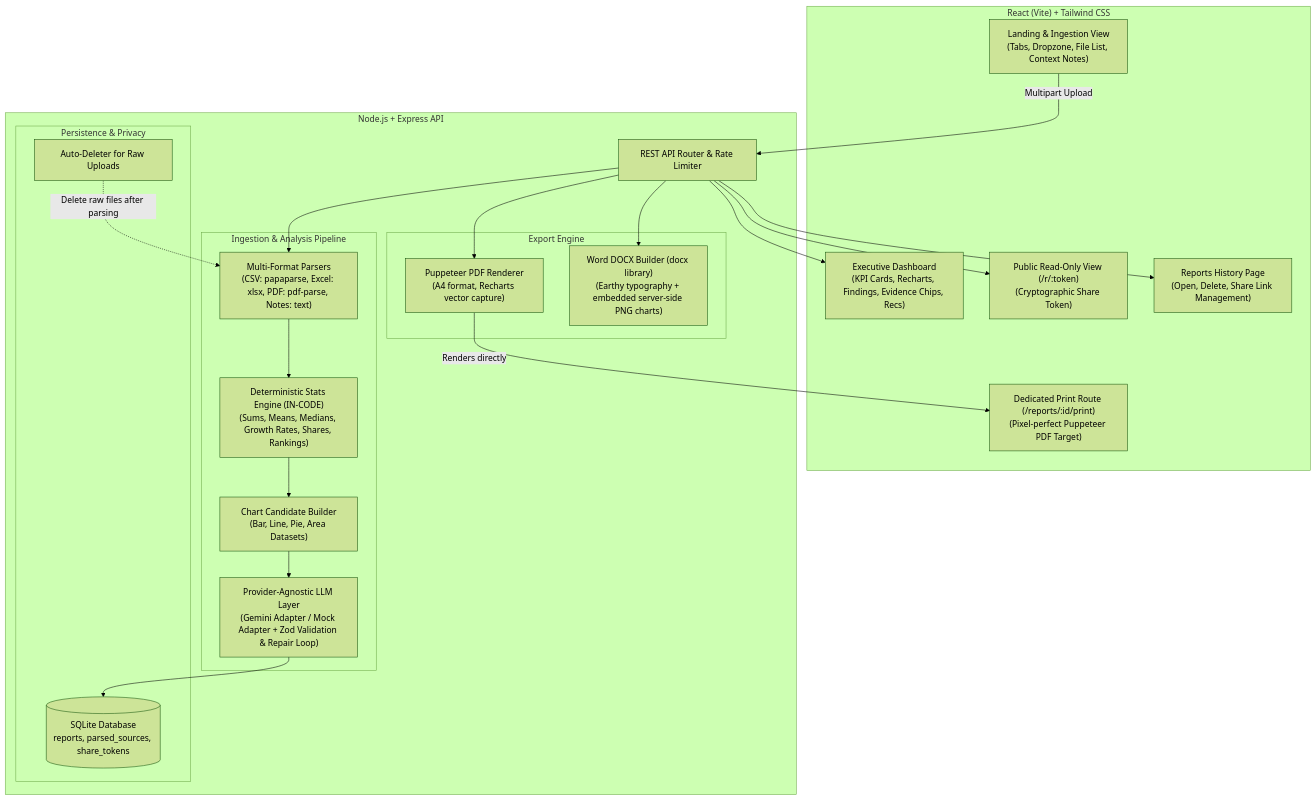
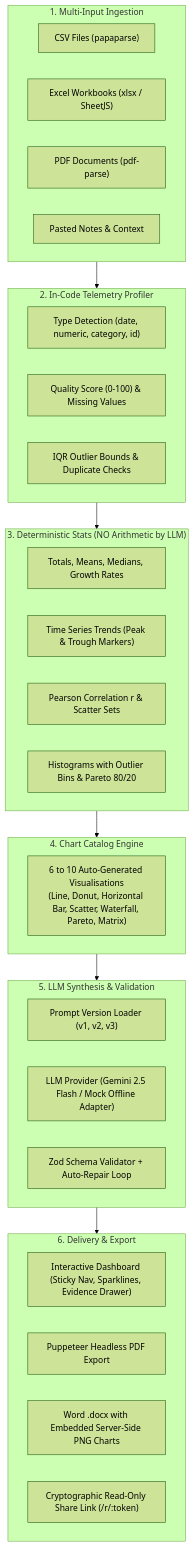
Before and after one commit to janmesh16/Business-Report-Generator-: the diagram in README.md, drawn with Mermaid (forest theme). The commit also changed other lines of this file and 41 other files, not shown here.

Commit message:
feat: complete prompt engineering suite (v1-v3), compare sandbox, 6-10 rich charts, evidence inspector drawer, and automated test suite

````diff
--- a/README.md
+++ b/README.md
@@ -24,45 +24,45 @@
 ```mermaid
 flowchart TD
-    subgraph Frontend["React (Vite) + Tailwind CSS"]
-        UI_Home["Landing & Ingestion View<br/>(Tabs, Dropzone, File List, Context Notes)"]
-        UI_Dash["Executive Dashboard<br/>(KPI Cards, Recharts, Findings, Evidence Chips, Recs)"]
-        UI_Print["Dedicated Print Route (/reports/:id/print)<br/>(Pixel-perfect Puppeteer PDF Target)"]
-        UI_Shared["Public Read-Only View (/r/:token)<br/>(Cryptographic Share Token)"]
-        UI_Hist["Reports History Page<br/>(Open, Delete, Share Link Management)"]
+    subgraph Ingestion ["1. Multi-Input Ingestion"]
+        F1["CSV Files (papaparse)"]
+        F2["Excel Workbooks (xlsx / SheetJS)"]
+        F3["PDF Documents (pdf-parse)"]
+        F4["Pasted Notes & Context"]
     end
 
-    subgraph Backend["Node.js + Express API"]
-        Router["REST API Router & Rate Limiter"]
-        
-        subgraph Pipeline["Ingestion & Analysis Pipeline"]
-            Parsers["Multi-Format Parsers<br/>(CSV: papaparse, Excel: xlsx, PDF: pdf-parse, Notes: text)"]
-            StatsEngine["Deterministic Stats Engine (IN-CODE)<br/>(Sums, Means, Medians, Growth Rates, Shares, Rankings)"]
-            ChartCatalog["Chart Candidate Builder<br/>(Bar, Line, Pie, Area Datasets)"]
-            LLMService["Provider-Agnostic LLM Layer<br/>(Gemini Adapter / Mock Adapter + Zod Validation & Repair Loop)"]
-        end
-
-        subgraph Storage["Persistence & Privacy"]
-            DB[(SQLite Database<br/>reports, parsed_sources, share_tokens)]
-            Purge["Auto-Deleter for Raw Uploads"]
-        end
-
-        subgraph Exporters["Export Engine"]
-            PuppeteerPDF["Puppeteer PDF Renderer<br/>(A4 format, Recharts vector capture)"]
-            DocxService["Word DOCX Builder (docx library)<br/>(Earthy typography + embedded server-side PNG charts)"]
-        end
+    subgraph Profiling ["2. In-Code Telemetry Profiler"]
+        Types["Type Detection (date, numeric, category, id)"]
+        Quality["Quality Score (0-100) & Missing Values"]
+        Outliers["IQR Outlier Bounds & Duplicate Checks"]
     end
 
-    UI_Home -->|Multipart Upload| Router
-    Router --> Parsers
-    Parsers --> StatsEngine
-    StatsEngine --> ChartCatalog
-    ChartCatalog --> LLMService
-    LLMService --> DB
-    Purge -.->|Delete raw files after parsing| Parsers
-    Router --> UI_Dash
-    Router --> UI_Shared
-    Router --> UI_Hist
-    Router --> PuppeteerPDF
-    Router --> DocxService
-    PuppeteerPDF -->|Renders directly| UI_Print
+    subgraph DeterministicEngine ["3. Deterministic Stats (NO Arithmetic by LLM)"]
+        Sums["Totals, Means, Medians, Growth Rates"]
+        Trends["Time Series Trends (Peak & Trough Markers)"]
+        Relations["Pearson Correlation r & Scatter Sets"]
+        Dists["Histograms with Outlier Bins & Pareto 80/20"]
+    end
+
+    subgraph VisualCatalog ["4. Chart Catalog Engine"]
+        Charts["6 to 10 Auto-Generated Visualisations\n(Line, Donut, Horizontal Bar, Scatter, Waterfall, Pareto, Matrix)"]
+    end
+
+    subgraph LLM ["5. LLM Synthesis & Validation"]
+        PromptEngine["Prompt Version Loader (v1, v2, v3)"]
+        GeminiMock["LLM Provider (Gemini 2.5 Flash / Mock Offline Adapter)"]
+        ZodValid["Zod Schema Validator + Auto-Repair Loop"]
+    end
+
+    subgraph Delivery ["6. Delivery & Export"]
+        Dash["Interactive Dashboard (Sticky Nav, Sparklines, Evidence Drawer)"]
+        PDF["Puppeteer Headless PDF Export"]
+        Word["Word .docx with Embedded Server-Side PNG Charts"]
+        Shared["Cryptographic Read-Only Share Link (/r/:token)"]
+    end
+
+    Ingestion --> Profiling
+    Profiling --> DeterministicEngine
+    DeterministicEngine --> VisualCatalog
+    VisualCatalog --> LLM
+    LLM --> Delivery
 ```
````
